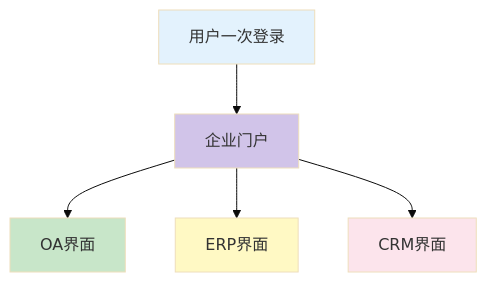
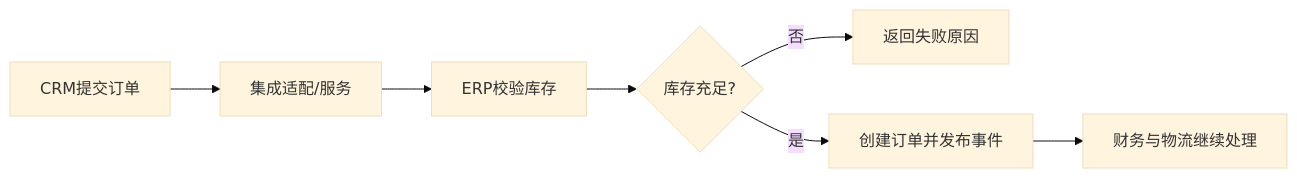
Before and after one commit to 74262195/system-architect-notes: the diagram in 01_综合知识/02_信息系统基础知识/05_企业信息化/企业应用集成EAI.md, drawn with Mermaid (base theme). The commit also changed other lines of this file and 25 other files, not shown here.

````diff
--- a/01_综合知识/02_信息系统基础知识/05_企业信息化/企业应用集成EAI.md
+++ b/01_综合知识/02_信息系统基础知识/05_企业信息化/企业应用集成EAI.md
@@ -112,12 +37,9 @@
-```mermaid
-graph TB
-    A[用户一次登录] --> B[企业门户]
-    B --> C[OA界面]
-    B --> D[ERP界面]
-    B --> E[CRM界面]
-    style A fill:#e3f2fd
-    style B fill:#d1c4e9
-    style C fill:#c8e6c9
-    style D fill:#fff9c4
-    style E fill:#fce4ec
-```
+~~~mermaid
+flowchart LR
+    A[CRM提交订单] --> B[集成适配/服务]
+    B --> C[ERP校验库存]
+    C --> D{库存充足?}
+    D -- 否 --> E[返回失败原因]
+    D -- 是 --> F[创建订单并发布事件]
+    F --> G[财务与物流继续处理]
+~~~
````
